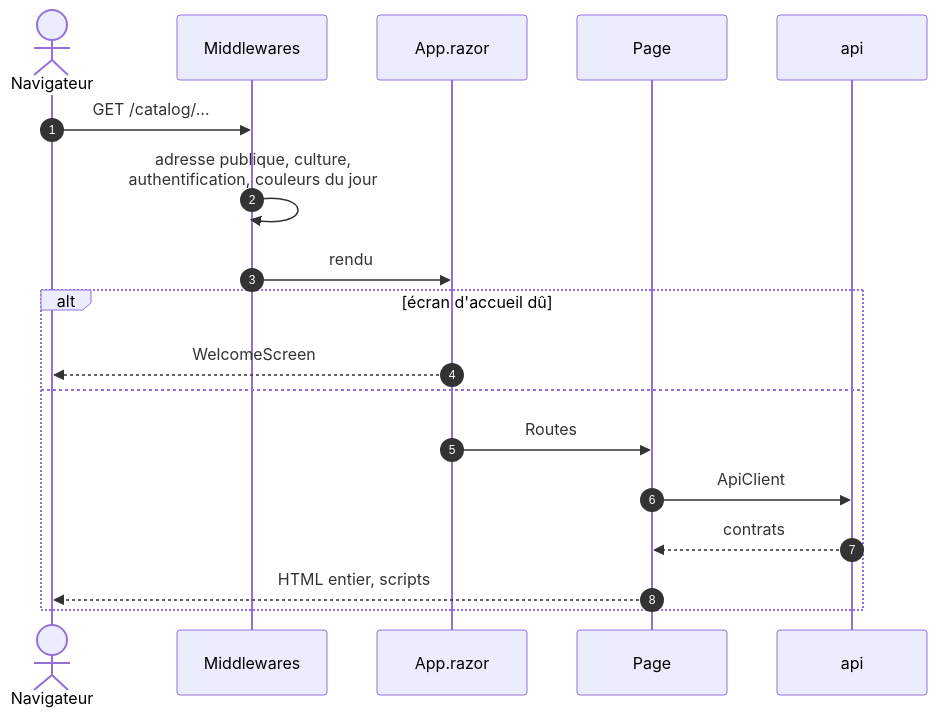
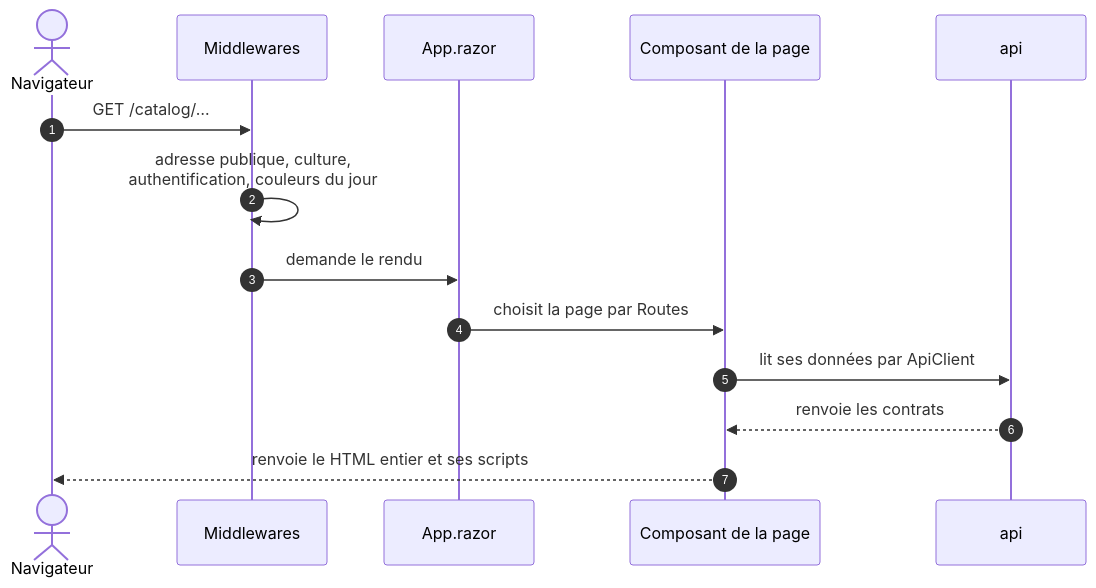
One commit to Tetram76/bdtheque-claude changed the first of 3 diagrams in docs/tech/mecanismes/frontend-rendu-et-saisie.md. Above: the diagram before and after it, drawn with Mermaid. The commit also changed other lines of this file and 6 other files, not shown here.

````diff
--- a/docs/tech/mecanismes/frontend-rendu-et-saisie.md
+++ b/docs/tech/mecanismes/frontend-rendu-et-saisie.md
@@ -22,21 +24,17 @@
 ```mermaid
 sequenceDiagram
     autonumber
     actor browser as Navigateur
     participant pipeline as Middlewares
     participant app as App.razor
-    participant page as Page
+    participant page as Composant de la page
     participant api as api
 
     browser->>pipeline: GET /catalog/…
     pipeline->>pipeline: adresse publique, culture,<br/>authentification, couleurs du jour
-    pipeline->>app: rendu
-    alt écran d'accueil dû
-        app-->>browser: WelcomeScreen
-    else
-        app->>page: Routes
-        page->>api: ApiClient
-        api-->>page: contrats
-        page-->>browser: HTML entier, scripts
-    end
+    pipeline->>app: demande le rendu
+    app->>page: choisit la page par Routes
+    page->>api: lit ses données par ApiClient
+    api-->>page: renvoie les contrats
+    page-->>browser: renvoie le HTML entier et ses scripts
 ```
````
